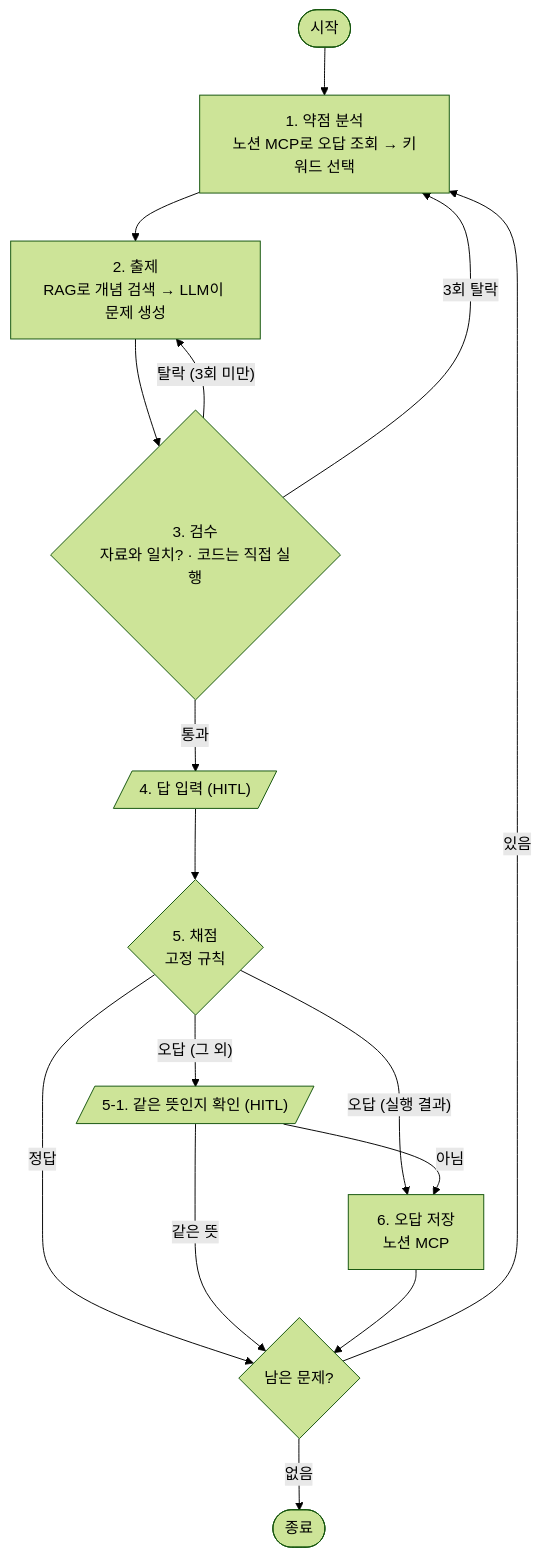
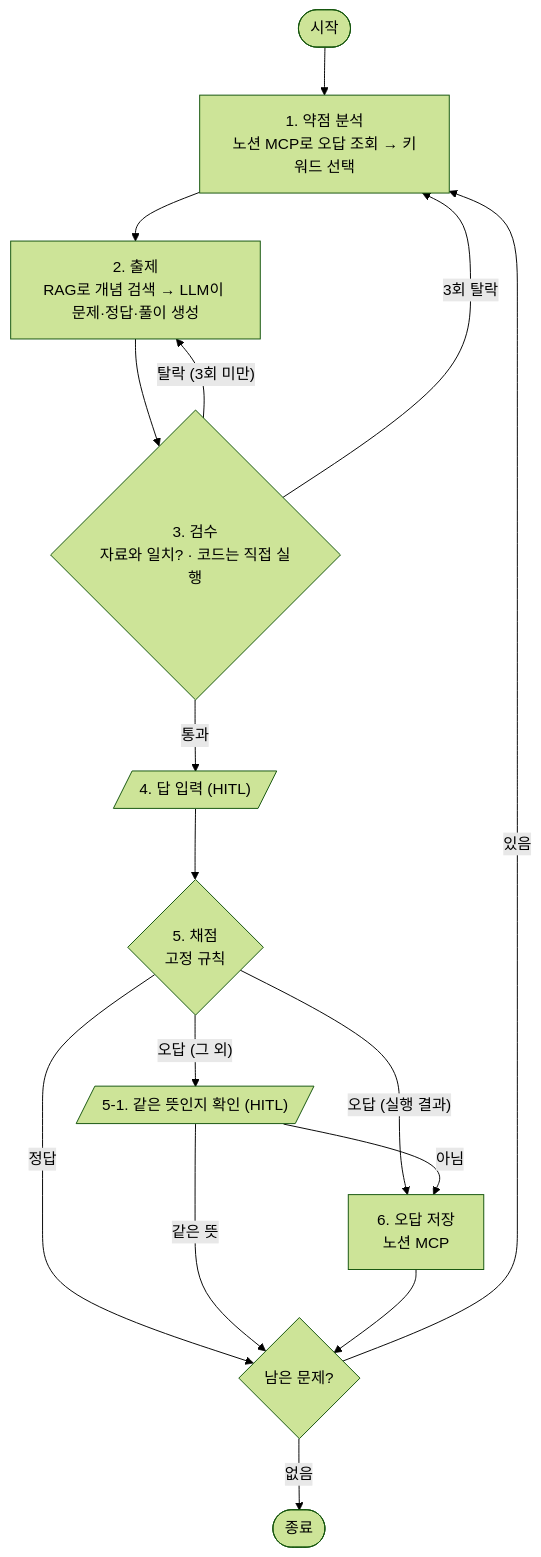
Before and after one commit to Gahyun0121/jeongcheogi-agent: the diagram in README.md, drawn with Mermaid (forest theme). The commit also changed other lines of this file and 12 other files, not shown here.

````diff
--- a/README.md
+++ b/README.md
@@ -50,18 +65,18 @@
 ```mermaid
 flowchart TD
     S([시작]) --> A["1. 약점 분석<br/>노션 MCP로 오답 조회 → 키워드 선택"]
-    A --> G["2. 출제<br/>RAG로 개념 검색 → LLM이 문제 생성"]
+    A --> G["2. 출제<br/>RAG로 개념 검색 → LLM이 문제·정답·풀이 생성"]
     G --> R{"3. 검수<br/>자료와 일치? · 코드는 직접 실행"}
     R -- "탈락 (3회 미만)" --> G
     R -- "3회 탈락" --> A
     R -- 통과 --> Q[/"4. 답 입력 (HITL)"/]
     Q --> C{"5. 채점<br/>고정 규칙"}
     C -- 정답 --> D{"남은 문제?"}
     C -- "오답 (실행 결과)" --> W["6. 오답 저장<br/>노션 MCP"]
     C -- "오답 (그 외)" --> H[/"5-1. 같은 뜻인지 확인 (HITL)"/]
     H -- 같은 뜻 --> D
     H -- 아님 --> W
     W --> D
     D -- 있음 --> A
     D -- 없음 --> E([종료])
 ```
````
